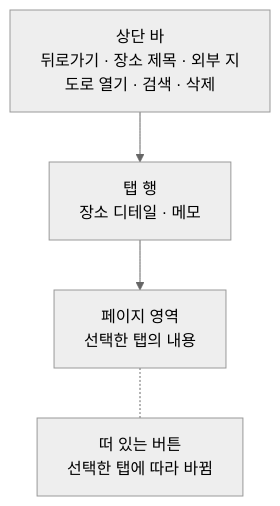
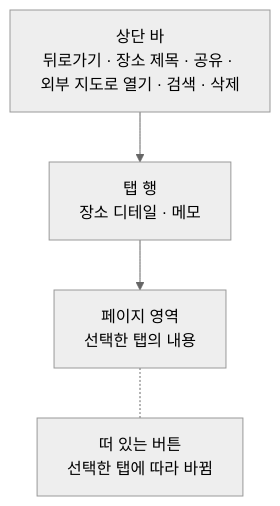
One commit to taetae98coding/DiaryKMP changed the first of 2 diagrams in docs/design/place-detail.md. Above: the diagram before and after it, drawn with Mermaid (neutral theme). The commit also changed other lines of this file and 28 other files, not shown here.

````diff
--- a/docs/design/place-detail.md
+++ b/docs/design/place-detail.md
@@ -15,10 +15,10 @@
 ```mermaid
 flowchart TB
-    top["상단 바<br/>뒤로가기 · 장소 제목 · 외부 지도로 열기 · 검색 · 삭제"]
+    top["상단 바<br/>뒤로가기 · 장소 제목 · 공유 · 외부 지도로 열기 · 검색 · 삭제"]
     tabs["탭 행<br/>장소 디테일 · 메모"]
     pager["페이지 영역<br/>선택한 탭의 내용"]
     fab["떠 있는 버튼<br/>선택한 탭에 따라 바뀜"]
 
     top --> tabs --> pager
     pager -.- fab
 ```
````
